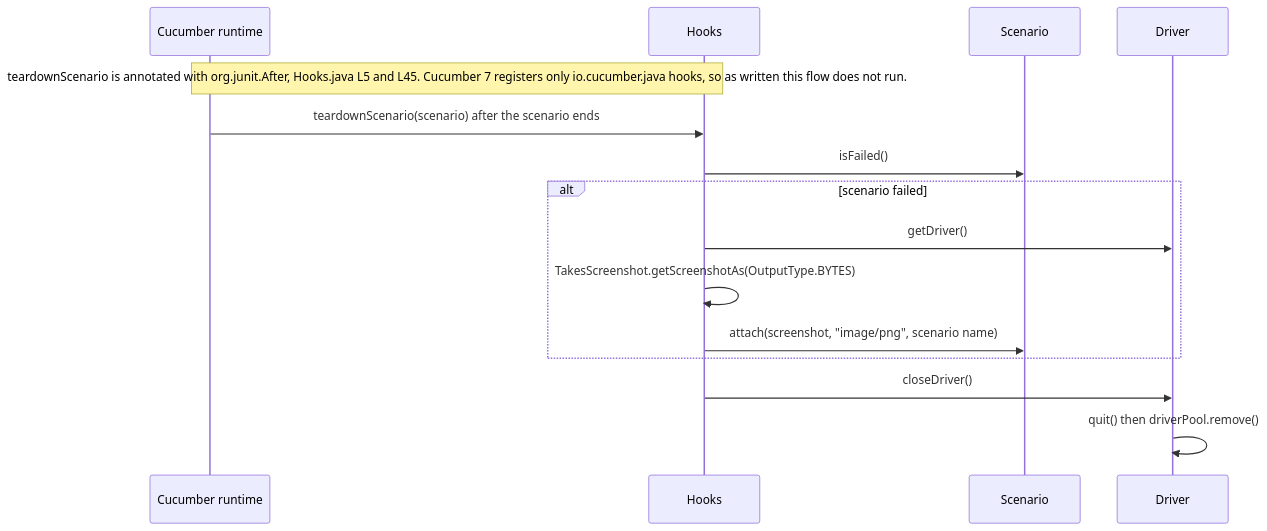
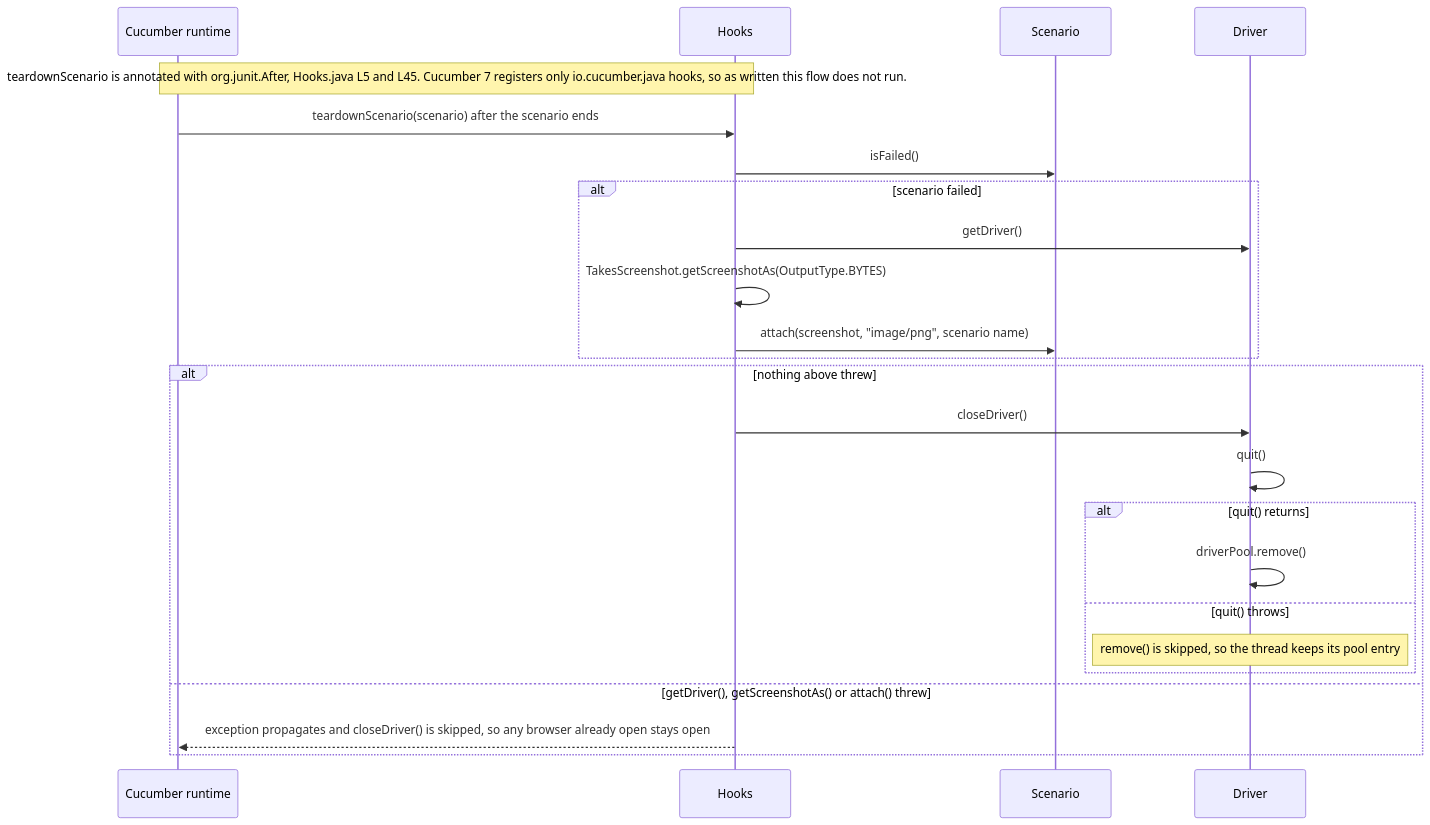
Before and after one commit to lakshya-blitzy/RepoSitory_with_multiple_details_12345-: the fourth of 4 diagrams in README.md, drawn with Mermaid. The commit also changed other lines of this file and 5 other files, not shown here.

````diff
--- a/README.md
+++ b/README.md
@@ -1115,17 +1350,26 @@
 ```mermaid
 sequenceDiagram
     participant Cu as Cucumber runtime
     participant H as Hooks
     participant Sc as Scenario
     participant D as Driver
     Note over Cu,H: teardownScenario is annotated with org.junit.After, Hooks.java L5 and L45. Cucumber 7 registers only io.cucumber.java hooks, so as written this flow does not run.
     Cu->>H: teardownScenario(scenario) after the scenario ends
     H->>Sc: isFailed()
     alt scenario failed
         H->>D: getDriver()
         H->>H: TakesScreenshot.getScreenshotAs(OutputType.BYTES)
         H->>Sc: attach(screenshot, "image/png", scenario name)
     end
-    H->>D: closeDriver()
-    D->>D: quit() then driverPool.remove()
+    alt nothing above threw
+        H->>D: closeDriver()
+        D->>D: quit()
+        alt quit() returns
+            D->>D: driverPool.remove()
+        else quit() throws
+            Note over D: remove() is skipped, so the thread keeps its pool entry
+        end
+    else getDriver(), getScreenshotAs() or attach() threw
+        H-->>Cu: exception propagates and closeDriver() is skipped, so any browser already open stays open
+    end
 ```
````
